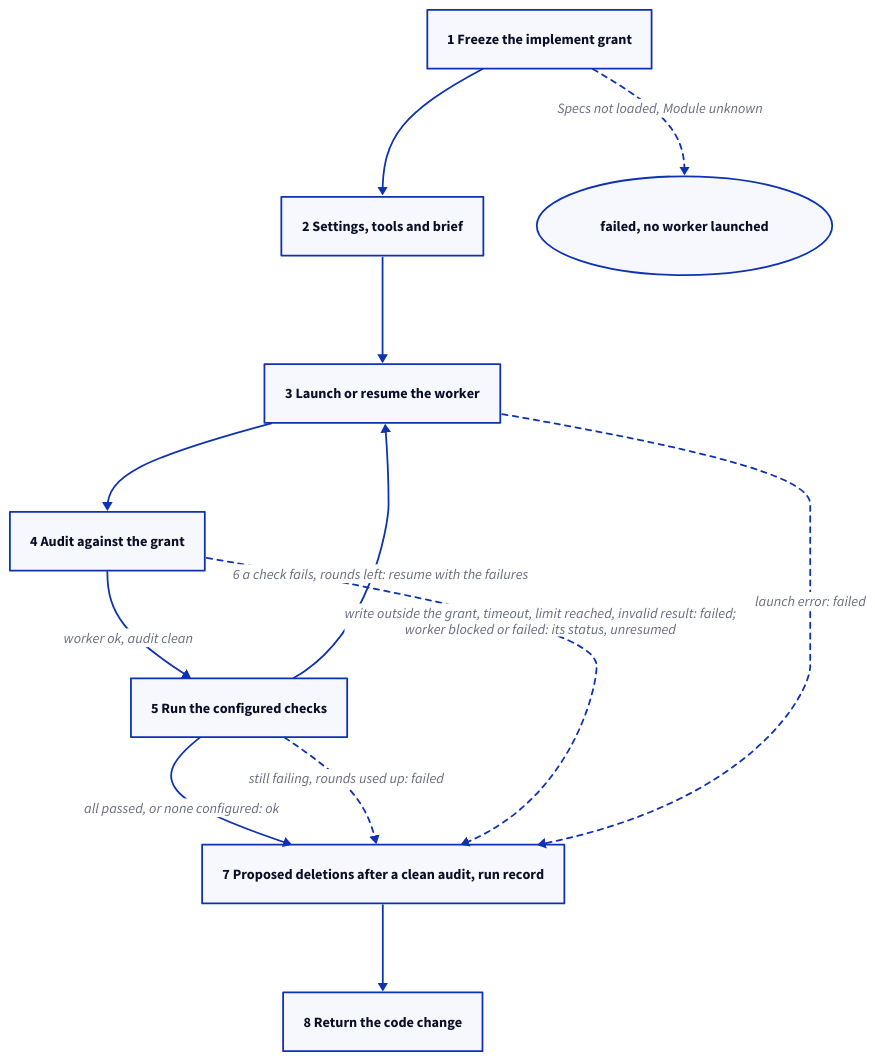
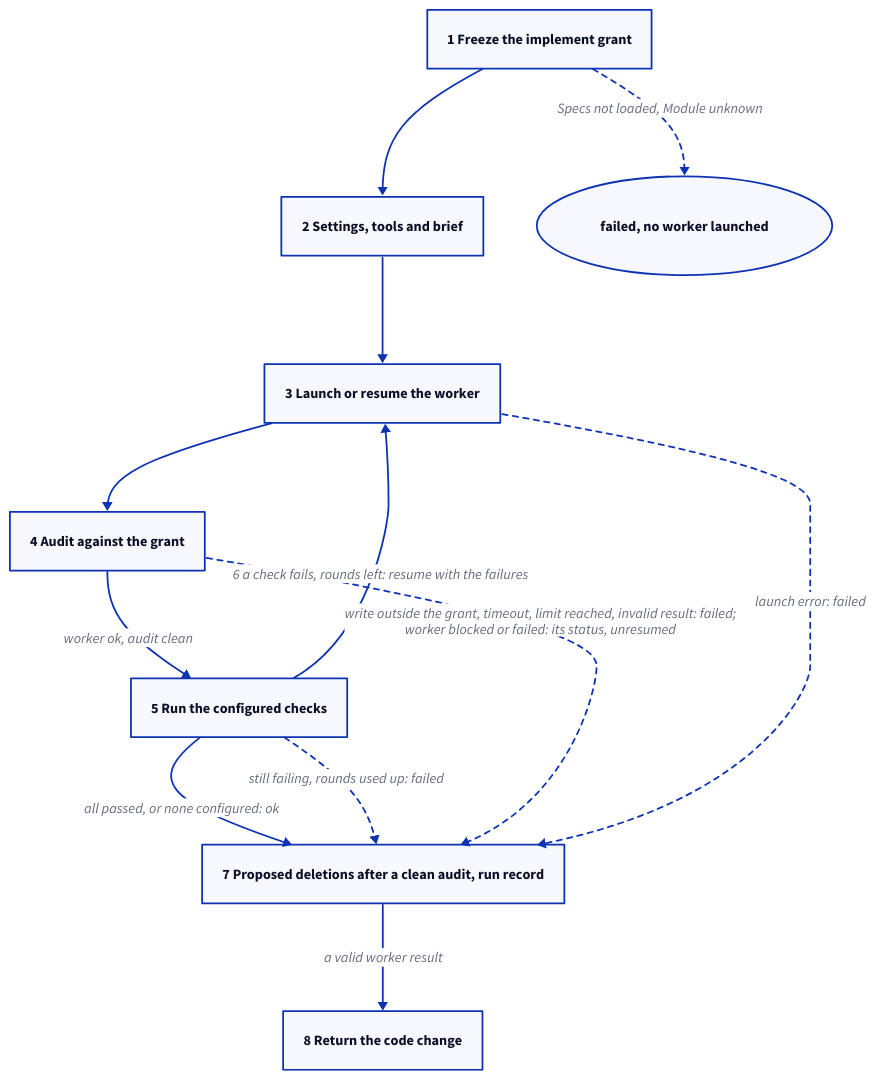
Before and after one commit to FTOD/concorde: the second of 2 diagrams in specs/concorde/method/implementation/module.md, drawn with D2. The commit also changed other lines of this file and 5 other files, not shown here.

````diff
--- a/specs/concorde/method/implementation/module.md
+++ b/specs/concorde/method/implementation/module.md
@@ -177,20 +188,20 @@
 ```d2 illustrative
 direction: down
 grant: 1 Freeze the implement grant
 brief: 2 Settings, tools and brief
 launch: 3 Launch or resume the worker
 audit: 4 Audit against the grant
 checks: 5 Run the configured checks
 record: "7 Proposed deletions after a clean audit, run record"
 output: 8 Return the code change
 stopped: "failed, no worker launched" {shape: oval}
 grant -> brief -> launch -> audit
 audit -> checks: worker ok, audit clean
 launch <- checks: "6 a check fails, rounds left: resume with the failures"
 checks -> record: "all passed, or none configured: ok"
 checks -> record: "still failing, rounds used up: failed" {style.stroke-dash: 3}
 audit -> record: "write outside the grant, timeout, limit reached, invalid result: failed;\nworker blocked or failed: its status, unresumed" {style.stroke-dash: 3}
 launch -> record: "launch error: failed" {style.stroke-dash: 3}
 grant -> stopped: Specs not loaded, Module unknown {style.stroke-dash: 3}
-record -> output
+record -> output: a valid worker result
 ```
````
